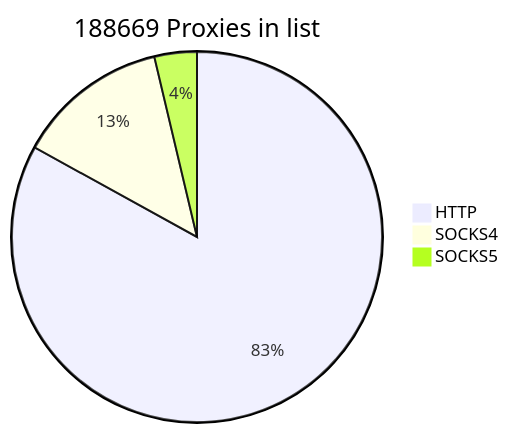
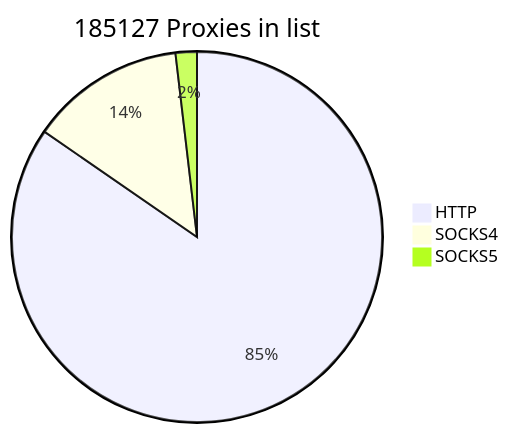
Before and after one commit to cutipu/proxylist: the first of 2 diagrams in README.md, drawn with Mermaid. The commit also changed other lines of this file, not shown here.

````diff
--- a/README.md
+++ b/README.md
@@ -2,7 +2,7 @@
 ```mermaid
-pie title 188669 Proxies in list
+pie title 185127 Proxies in list
     "HTTP" : 156643
-    "SOCKS4" : 25042
-    "SOCKS5" : 6984
+    "SOCKS4" : 25044
+    "SOCKS5" : 3440
             
 ```
````
